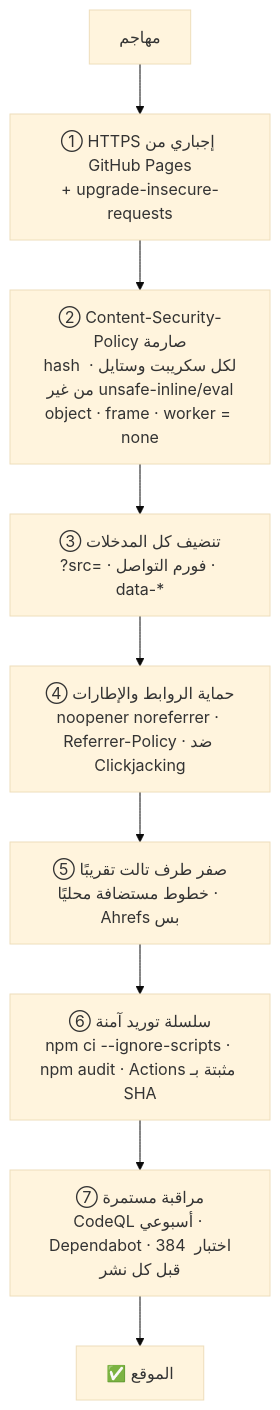
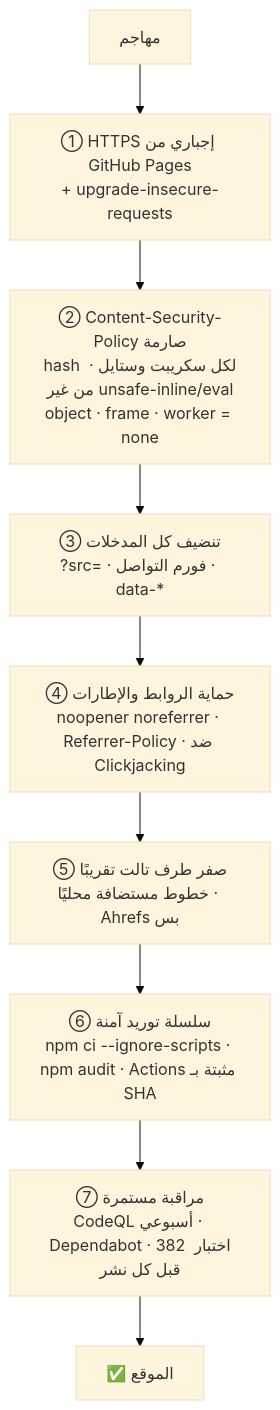
The second of 2 diagrams in docs/SECURITY-MODEL.md (atad-tech/atad-tech.github.io), drawn with Mermaid (base theme) before and after one commit. The commit also changed 8 other files, not shown here.

````diff
--- a/docs/SECURITY-MODEL.md
+++ b/docs/SECURITY-MODEL.md
@@ -38,11 +38,11 @@
 ```mermaid
 flowchart TD
     A["مهاجم"] --> L1
     L1["① HTTPS إجباري من GitHub Pages<br/>+ upgrade-insecure-requests"] --> L2
     L2["② Content-Security-Policy صارمة<br/>hash لكل سكريبت وستايل · من غير unsafe-inline/eval<br/>object · frame · worker = none"] --> L3
     L3["③ تنضيف كل المدخلات<br/>?src= · فورم التواصل · data-*"] --> L4
     L4["④ حماية الروابط والإطارات<br/>noopener noreferrer · Referrer-Policy · ضد Clickjacking"] --> L5
     L5["⑤ صفر طرف تالت تقريبًا<br/>خطوط مستضافة محليًا · Ahrefs بس"] --> L6
     L6["⑥ سلسلة توريد آمنة<br/>npm ci --ignore-scripts · npm audit · Actions مثبتة بـ SHA"] --> L7
-    L7["⑦ مراقبة مستمرة<br/>CodeQL أسبوعي · Dependabot · 384 اختبار قبل كل نشر"] --> OK["✅ الموقع"]
+    L7["⑦ مراقبة مستمرة<br/>CodeQL أسبوعي · Dependabot · 382 اختبار قبل كل نشر"] --> OK["✅ الموقع"]
 ```
````
